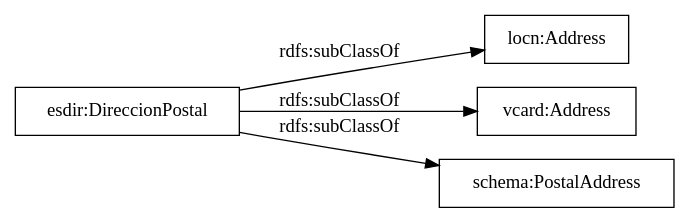
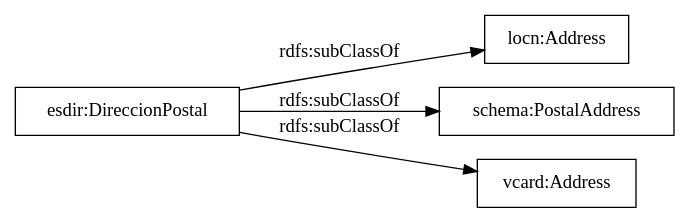
Before and after one commit to opencitydata/commons-direccion-postal: the diagram in OnToology/direccionpostal.owl/diagrams/ar2dtool-taxonomy/direccionpostal.owl.png.dot, drawn with Graphviz. The commit also changed 39 other files, not shown here.

```diff
--- a/OnToology/direccionpostal.owl/diagrams/ar2dtool-taxonomy/direccionpostal.owl.png.dot
+++ b/OnToology/direccionpostal.owl/diagrams/ar2dtool-taxonomy/direccionpostal.owl.png.dot
@@ -1,9 +1,9 @@
 digraph ar2dtool_diagram { 
 rankdir=LR;
 size="1000"
-node [shape = rectangle, color="black"]; "locn:Address" "vcard:Address" "esdir:DireccionPostal" "schema:PostalAddress" ; /*classes style*/
+node [shape = rectangle, color="black"]; "esdir:DireccionPostal" "locn:Address" "schema:PostalAddress" "vcard:Address" ; /*classes style*/
 	"esdir:DireccionPostal" -> "locn:Address" [ label = "rdfs:subClassOf" ];
+	"esdir:DireccionPostal" -> "schema:PostalAddress" [ label = "rdfs:subClassOf" ];
 	"esdir:DireccionPostal" -> "vcard:Address" [ label = "rdfs:subClassOf" ];
-	"esdir:DireccionPostal" -> "schema:PostalAddress" [ label = "rdfs:subClassOf" ];
 
 }
```
